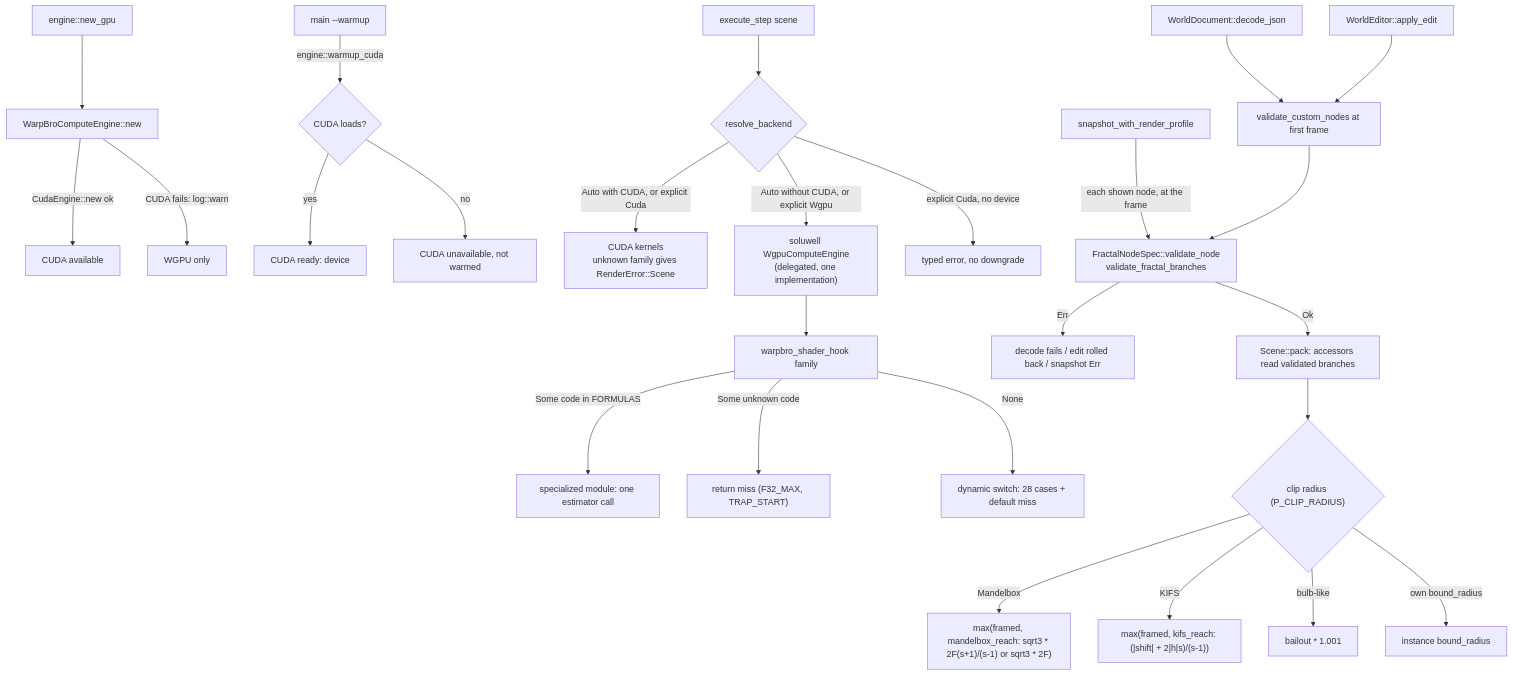
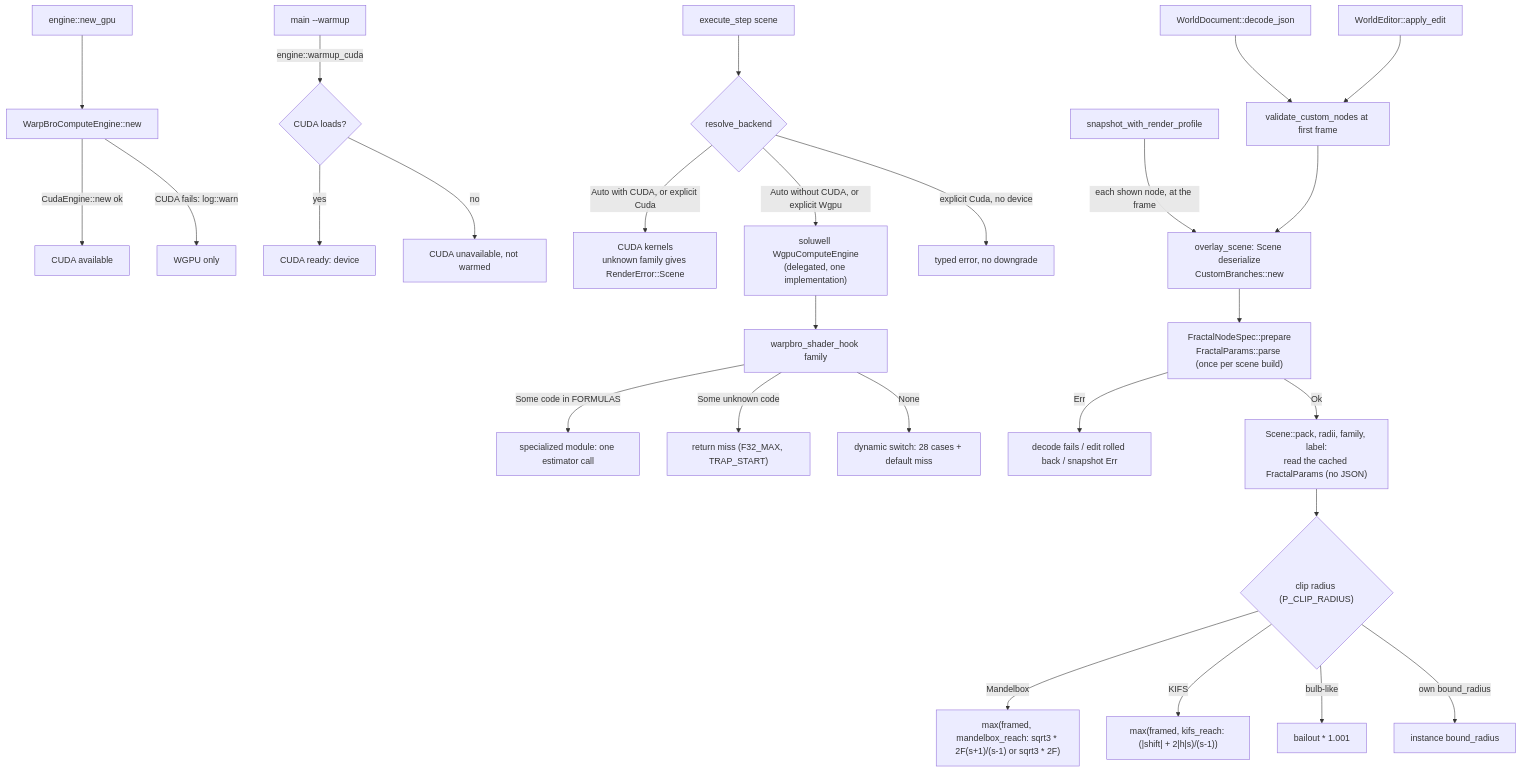
Before and after one commit to ssoj13/warpbro-rs: the sixth of 7 diagrams in DIAGRAMS.md, drawn with Mermaid. The commit also changed other lines of this file and 20 other files, not shown here.

First line of the commit message:
fix: plan1 P1 + B5 (parsed fractal node, device per resolved backend), sl-* crate names

````diff
--- a/DIAGRAMS.md
+++ b/DIAGRAMS.md
@@ -189,31 +189,32 @@
 ```mermaid
 flowchart TD
   ng[engine::new_gpu] --> wce[WarpBroComputeEngine::new]
   wce -->|CudaEngine::new ok| cu[CUDA available]
   wce -->|CUDA fails: log::warn| wonly[WGPU only]
   warm[main --warmup] -->|engine::warmup_cuda| wc{CUDA loads?}
   wc -->|yes| ready[CUDA ready: device]
   wc -->|no| unav[CUDA unavailable, not warmed]
 
   step[execute_step scene] --> rb{resolve_backend}
   rb -->|Auto with CUDA, or explicit Cuda| cuk["CUDA kernels<br/>unknown family gives RenderError::Scene"]
   rb -->|Auto without CUDA, or explicit Wgpu| wg["soluwell WgpuComputeEngine<br/>(delegated, one implementation)"]
   rb -->|explicit Cuda, no device| err[typed error, no downgrade]
 
   wg --> hook[warpbro_shader_hook family]
   hook -->|Some code in FORMULAS| spec[specialized module: one estimator call]
   hook -->|Some unknown code| miss1["return miss (F32_MAX, TRAP_START)"]
   hook -->|None| dyn["dynamic switch: 28 cases + default miss"]
 
   load[WorldDocument::decode_json] --> vcn[validate_custom_nodes at first frame]
   edit[WorldEditor::apply_edit] --> vcn
-  snap[snapshot_with_render_profile] -->|each shown node, at the frame| vn
-  vcn --> vn["FractalNodeSpec::validate_node<br/>validate_fractal_branches"]
+  snap[snapshot_with_render_profile] -->|each shown node, at the frame| ov
+  vcn --> ov["overlay_scene: Scene deserialize<br/>CustomBranches::new"]
+  ov --> vn["FractalNodeSpec::prepare<br/>FractalParams::parse (once per scene build)"]
   vn -->|Err| rej["decode fails / edit rolled back / snapshot Err"]
-  vn -->|Ok| pack["Scene::pack: accessors read validated branches"]
+  vn -->|Ok| pack["Scene::pack, radii, family, label:<br/>read the cached FractalParams (no JSON)"]
   pack --> clip{"clip radius (P_CLIP_RADIUS)"}
   clip -->|Mandelbox| mb["max(framed, mandelbox_reach: sqrt3 * 2F(s+1)/(s-1) or sqrt3 * 2F)"]
   clip -->|KIFS| kr["max(framed, kifs_reach: (|shift| + 2|h|s)/(s-1))"]
   clip -->|bulb-like| be["bailout * 1.001"]
   clip -->|own bound_radius| br["instance bound_radius"]
 ```
````
